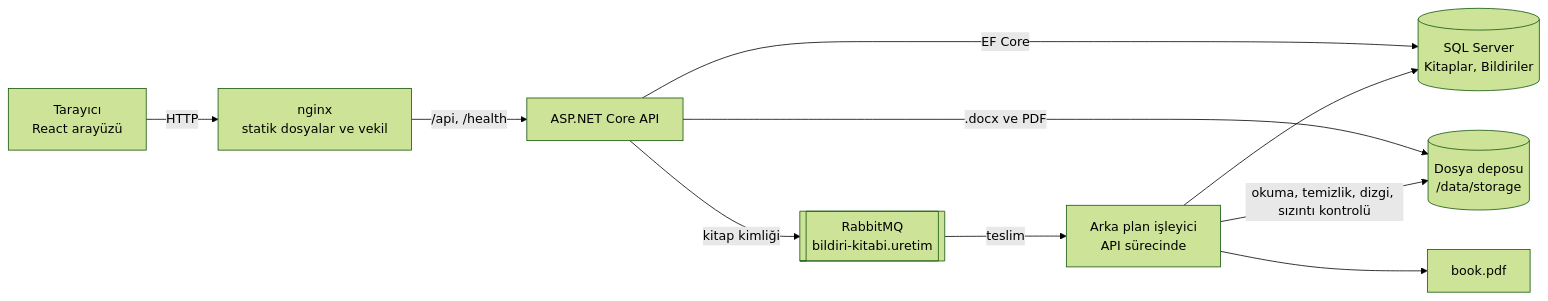
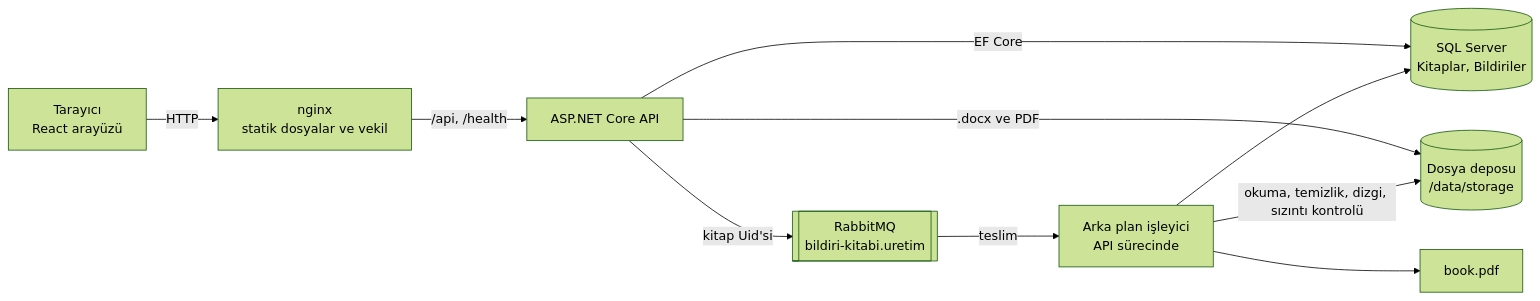
One commit to suleymank12/bildiri-kitabi changed the diagram in docs/mimari.md. Above: the diagram before and after it, drawn with Mermaid (forest theme). The commit also changed other lines of this file and 3 other files, not shown here.

````diff
--- a/docs/mimari.md
+++ b/docs/mimari.md
@@ -9,12 +9,12 @@
 ```mermaid
 flowchart LR
     B[Tarayıcı<br/>React arayüzü] -->|HTTP| N[nginx<br/>statik dosyalar ve vekil]
     N -->|/api, /health| A[ASP.NET Core API]
     A -->|EF Core| DB[(SQL Server<br/>Kitaplar, Bildiriler)]
     A -->|.docx ve PDF| FS[(Dosya deposu<br/>/data/storage)]
-    A -->|kitap kimliği| Q[[RabbitMQ<br/>bildiri-kitabi.uretim]]
+    A -->|kitap Uid'si| Q[[RabbitMQ<br/>bildiri-kitabi.uretim]]
     Q -->|teslim| W[Arka plan işleyici<br/>API sürecinde]
     W --> DB
     W -->|okuma, temizlik, dizgi, sızıntı kontrolü| FS
     W --> P[book.pdf]
 ```
````
